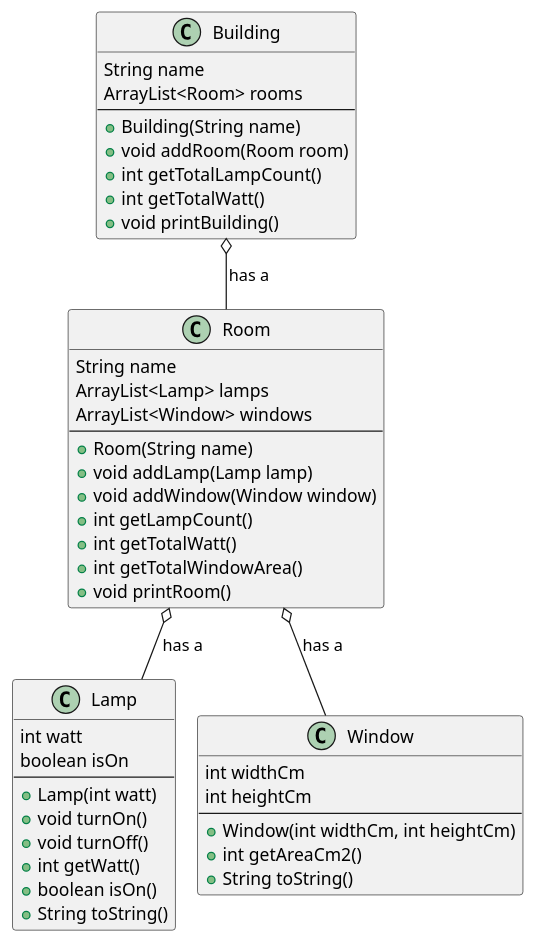
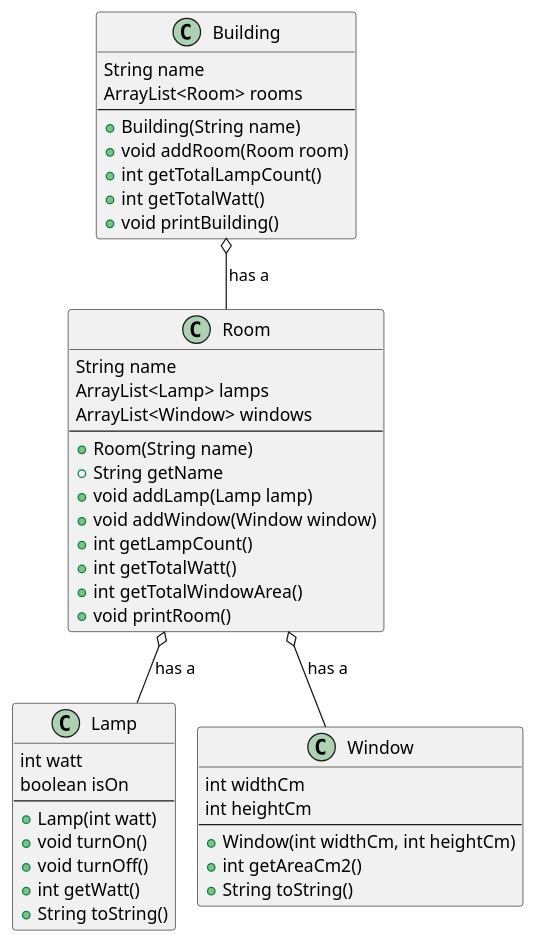
One commit to BesimaP/Uge_Opgave_5 changed the diagram in Documentation/Building.puml. Above: the diagram before and after it, drawn with PlantUML. The commit also changed 4 other files, not shown here.

```diff
--- a/Documentation/Building.puml
+++ b/Documentation/Building.puml
@@ -1,54 +1,54 @@
 @startuml
 !pragma layout smetana
 
 class Lamp {
     int watt
     boolean isOn
     --
     + Lamp(int watt)
     + void turnOn()
     + void turnOff()
     + int getWatt()
-    + boolean isOn()
     + String toString()
 }
 
 class Window {
     int widthCm
     int heightCm
     --
     + Window(int widthCm, int heightCm)
     + int getAreaCm2()
     + String toString()
 }
 
 class Room {
     String name
     ArrayList<Lamp> lamps
     ArrayList<Window> windows
     --
     + Room(String name)
+    + String getName
     + void addLamp(Lamp lamp)
     + void addWindow(Window window)
     + int getLampCount()
     + int getTotalWatt()
     + int getTotalWindowArea()
     + void printRoom()
 }
 
 class Building {
     String name
     ArrayList<Room> rooms
     --
     + Building(String name)
     + void addRoom(Room room)
     + int getTotalLampCount()
     + int getTotalWatt()
     + void printBuilding()
 }
 
 Building o-- Room : has a
 Room o-- Lamp : has a
 Room o-- Window : has a
 
 @enduml
```
